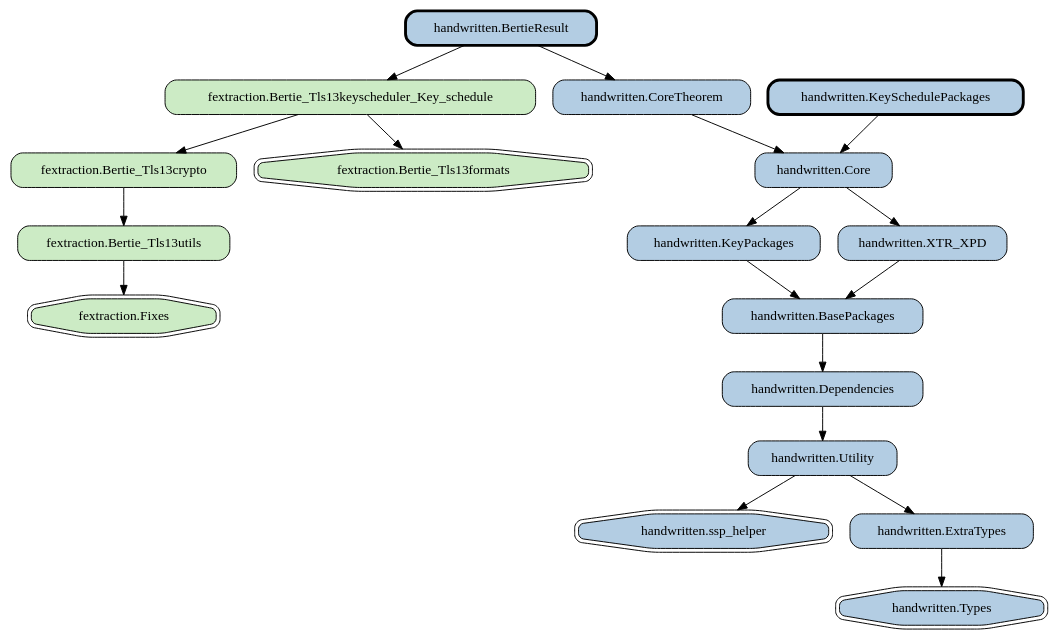
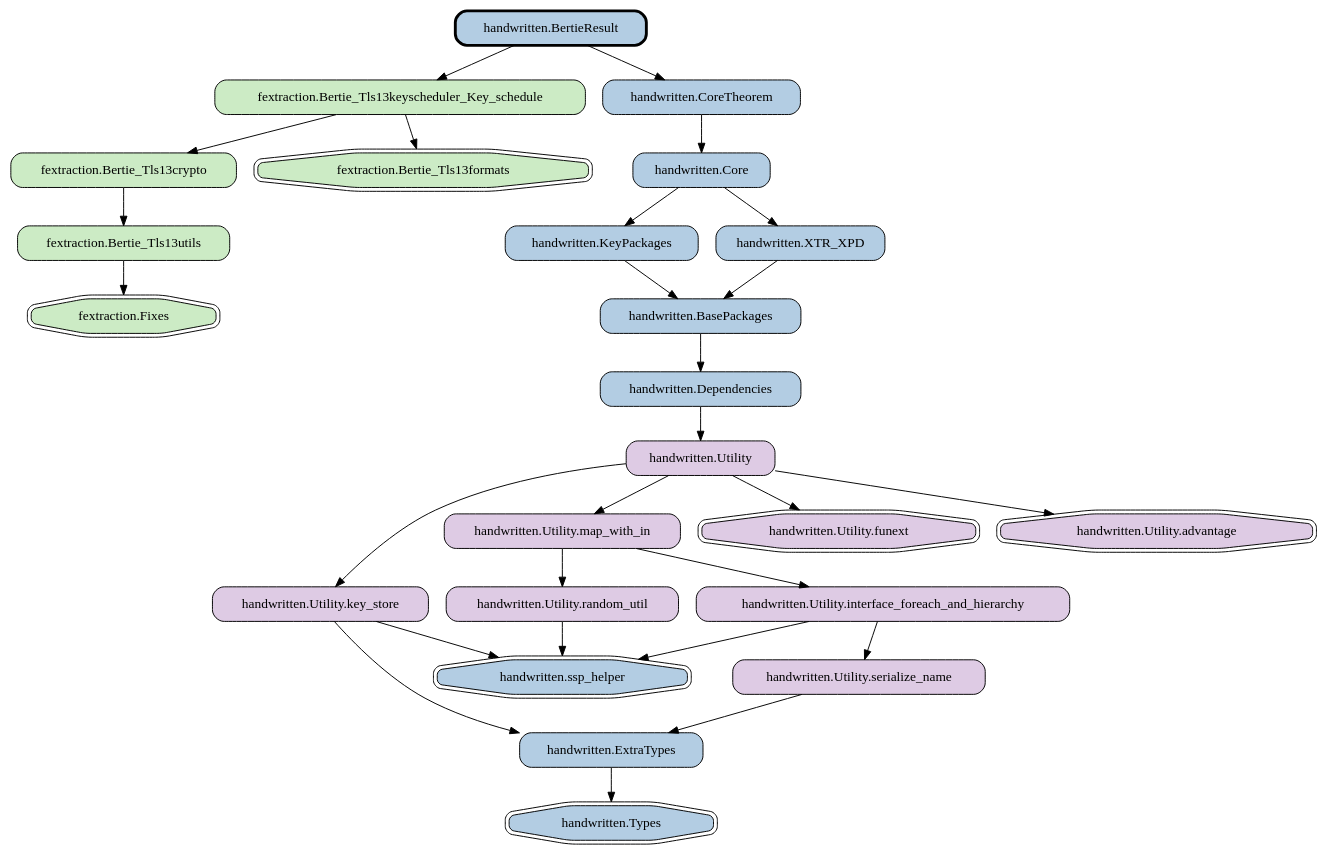
One commit to cryspen/bertie changed the diagram in proofs/ssprove/dependencies.dot. Above: the diagram before and after it, drawn with Graphviz. The commit also changed 20 other files, not shown here.

```diff
--- a/proofs/ssprove/dependencies.dot
+++ b/proofs/ssprove/dependencies.dot
@@ -1,47 +1,63 @@
 digraph interval_deps {
 	node [URL="https://SSProve.github.io/ssprove/\N.html",
 		colorscheme=pastel19,
 		shape=box,
 		style="rounded,filled"
 	];
 	"fextraction.Fixes"	[fillcolor=3,
 		shape=doubleoctagon];
 	"fextraction.Bertie_Tls13utils"	[fillcolor=3];
 	"fextraction.Bertie_Tls13utils" -> "fextraction.Fixes";
 	"fextraction.Bertie_Tls13crypto"	[fillcolor=3];
 	"fextraction.Bertie_Tls13crypto" -> "fextraction.Bertie_Tls13utils";
 	"fextraction.Bertie_Tls13formats"	[fillcolor=3,
 		shape=doubleoctagon];
 	"fextraction.Bertie_Tls13keyscheduler_Key_schedule"	[fillcolor=3];
 	"fextraction.Bertie_Tls13keyscheduler_Key_schedule" -> "fextraction.Bertie_Tls13crypto";
 	"fextraction.Bertie_Tls13keyscheduler_Key_schedule" -> "fextraction.Bertie_Tls13formats";
 	"handwritten.ssp_helper"	[fillcolor=2,
 		shape=doubleoctagon];
 	"handwritten.Types"	[fillcolor=2,
 		shape=doubleoctagon];
 	"handwritten.ExtraTypes"	[fillcolor=2];
 	"handwritten.ExtraTypes" -> "handwritten.Types";
-	"handwritten.Utility"	[fillcolor=2];
-	"handwritten.Utility" -> "handwritten.ssp_helper";
-	"handwritten.Utility" -> "handwritten.ExtraTypes";
+	"handwritten.Utility"	[fillcolor=4];
+	"handwritten.Utility.key_store"	[fillcolor=4];
+	"handwritten.Utility" -> "handwritten.Utility.key_store";
+	"handwritten.Utility.map_with_in"	[fillcolor=4];
+	"handwritten.Utility" -> "handwritten.Utility.map_with_in";
+	"handwritten.Utility.funext"	[fillcolor=4,
+		shape=doubleoctagon];
+	"handwritten.Utility" -> "handwritten.Utility.funext";
+	"handwritten.Utility.advantage"	[fillcolor=4,
+		shape=doubleoctagon];
+	"handwritten.Utility" -> "handwritten.Utility.advantage";
+	"handwritten.Utility.key_store" -> "handwritten.ssp_helper";
+	"handwritten.Utility.key_store" -> "handwritten.ExtraTypes";
+	"handwritten.Utility.random_util"	[fillcolor=4];
+	"handwritten.Utility.map_with_in" -> "handwritten.Utility.random_util";
+	"handwritten.Utility.interface_foreach_and_hierarchy"	[fillcolor=4];
+	"handwritten.Utility.map_with_in" -> "handwritten.Utility.interface_foreach_and_hierarchy";
+	"handwritten.Utility.random_util" -> "handwritten.ssp_helper";
+	"handwritten.Utility.interface_foreach_and_hierarchy" -> "handwritten.ssp_helper";
+	"handwritten.Utility.serialize_name"	[fillcolor=4];
+	"handwritten.Utility.interface_foreach_and_hierarchy" -> "handwritten.Utility.serialize_name";
+	"handwritten.Utility.serialize_name" -> "handwritten.ExtraTypes";
 	"handwritten.Dependencies"	[fillcolor=2];
 	"handwritten.Dependencies" -> "handwritten.Utility";
 	"handwritten.BasePackages"	[fillcolor=2];
 	"handwritten.BasePackages" -> "handwritten.Dependencies";
 	"handwritten.KeyPackages"	[fillcolor=2];
 	"handwritten.KeyPackages" -> "handwritten.BasePackages";
 	"handwritten.XTR_XPD"	[fillcolor=2];
 	"handwritten.XTR_XPD" -> "handwritten.BasePackages";
 	"handwritten.Core"	[fillcolor=2];
 	"handwritten.Core" -> "handwritten.KeyPackages";
 	"handwritten.Core" -> "handwritten.XTR_XPD";
-	"handwritten.KeySchedulePackages"	[fillcolor=2,
-		penwidth=3];
-	"handwritten.KeySchedulePackages" -> "handwritten.Core";
 	"handwritten.CoreTheorem"	[fillcolor=2];
 	"handwritten.CoreTheorem" -> "handwritten.Core";
 	"handwritten.BertieResult"	[fillcolor=2,
 		penwidth=3];
 	"handwritten.BertieResult" -> "fextraction.Bertie_Tls13keyscheduler_Key_schedule";
 	"handwritten.BertieResult" -> "handwritten.CoreTheorem";
 }
```
